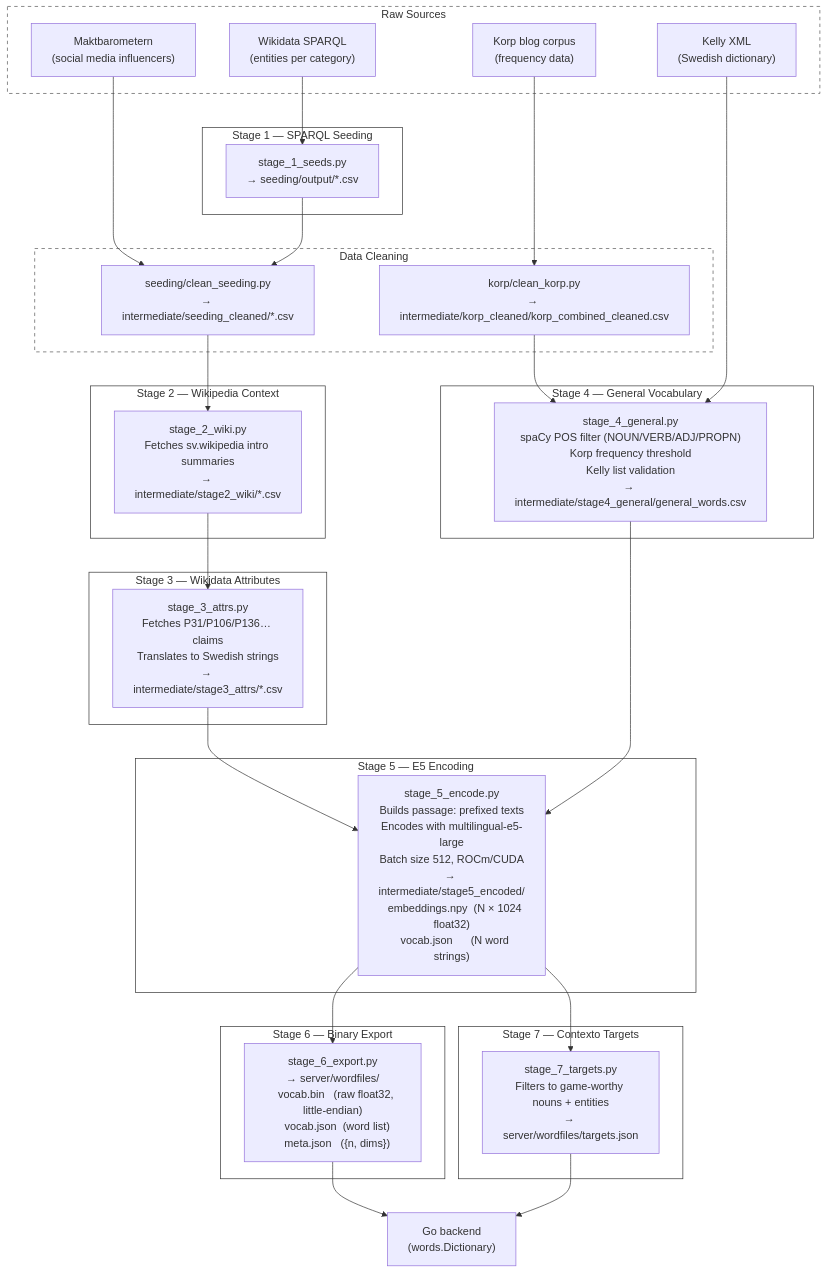
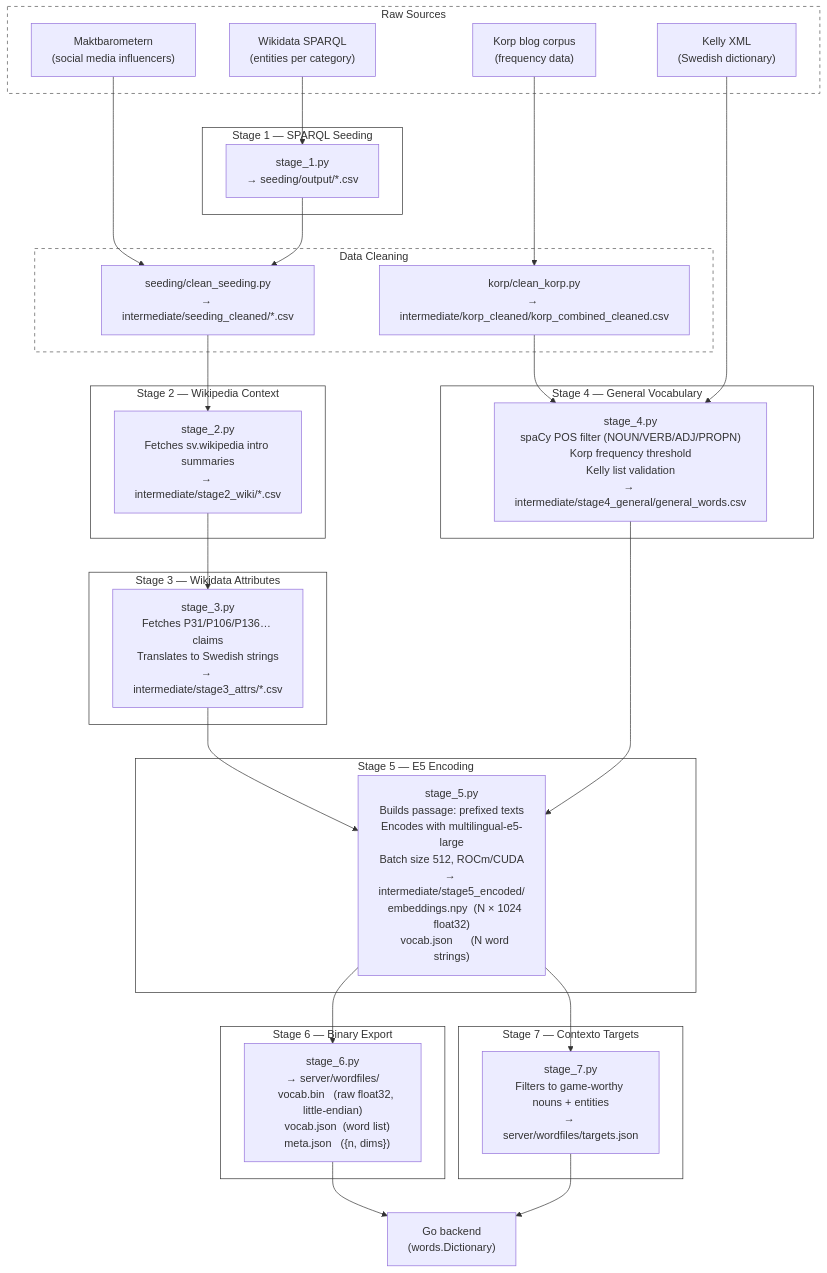
The diagram in preprocessing/README.md (Skill-issue-coding/WordGame---TDDD27-Project), drawn with Mermaid before and after one commit. The commit also changed other lines of this file and 8 other files, not shown here.

````diff
--- a/preprocessing/README.md
+++ b/preprocessing/README.md
@@ -73,67 +73,67 @@
 ```mermaid
 flowchart TD
     subgraph RAW [Raw Sources]
         KORP["Korp blog corpus\n(frequency data)"]
         KELLY["Kelly XML\n(Swedish dictionary)"]
         SPARQL["Wikidata SPARQL\n(entities per category)"]
         MAKT["Maktbarometern\n(social media influencers)"]
     end
 
     subgraph CLEAN [Data Cleaning]
         CK["korp/clean_korp.py\n→ intermediate/korp_cleaned/korp_combined_cleaned.csv"]
         CS["seeding/clean_seeding.py\n→ intermediate/seeding_cleaned/*.csv"]
     end
 
     subgraph STAGE1 [Stage 1 — SPARQL Seeding]
-        S1["stage_1_seeds.py\n→ seeding/output/*.csv"]
+        S1["stage_1.py\n→ seeding/output/*.csv"]
     end
 
     subgraph STAGE2 [Stage 2 — Wikipedia Context]
-        S2["stage_2_wiki.py\nFetches sv.wikipedia intro summaries\n→ intermediate/stage2_wiki/*.csv"]
+        S2["stage_2.py\nFetches sv.wikipedia intro summaries\n→ intermediate/stage2_wiki/*.csv"]
     end
 
     subgraph STAGE3 [Stage 3 — Wikidata Attributes]
-        S3["stage_3_attrs.py\nFetches P31/P106/P136… claims\nTranslates to Swedish strings\n→ intermediate/stage3_attrs/*.csv"]
+        S3["stage_3.py\nFetches P31/P106/P136… claims\nTranslates to Swedish strings\n→ intermediate/stage3_attrs/*.csv"]
     end
 
     subgraph STAGE4 [Stage 4 — General Vocabulary]
-        S4["stage_4_general.py\nspaCy POS filter (NOUN/VERB/ADJ/PROPN)\nKorp frequency threshold\nKelly list validation\n→ intermediate/stage4_general/general_words.csv"]
+        S4["stage_4.py\nspaCy POS filter (NOUN/VERB/ADJ/PROPN)\nKorp frequency threshold\nKelly list validation\n→ intermediate/stage4_general/general_words.csv"]
     end
 
     subgraph STAGE5 [Stage 5 — E5 Encoding]
-        S5["stage_5_encode.py\nBuilds passage: prefixed texts\nEncodes with multilingual-e5-large\nBatch size 512, ROCm/CUDA\n→ intermediate/stage5_encoded/\n   embeddings.npy  (N × 1024 float32)\n   vocab.json      (N word strings)"]
+        S5["stage_5.py\nBuilds passage: prefixed texts\nEncodes with multilingual-e5-large\nBatch size 512, ROCm/CUDA\n→ intermediate/stage5_encoded/\n   embeddings.npy  (N × 1024 float32)\n   vocab.json      (N word strings)"]
     end
 
     subgraph STAGE6 [Stage 6 — Binary Export]
-        S6["stage_6_export.py\n→ server/wordfiles/\n   vocab.bin   (raw float32, little-endian)\n   vocab.json  (word list)\n   meta.json   ({n, dims})"]
+        S6["stage_6.py\n→ server/wordfiles/\n   vocab.bin   (raw float32, little-endian)\n   vocab.json  (word list)\n   meta.json   ({n, dims})"]
     end
 
     subgraph STAGE7 [Stage 7 — Contexto Targets]
-        S7["stage_7_targets.py\nFilters to game-worthy nouns + entities\n→ server/wordfiles/targets.json"]
+        S7["stage_7.py\nFilters to game-worthy nouns + entities\n→ server/wordfiles/targets.json"]
     end
 
     KORP --> CK
     SPARQL --> S1
     MAKT --> CS
     S1 --> CS
     CS --> S2
     CK --> S4
     KELLY --> S4
     S2 --> S3
     S3 --> S5
     S4 --> S5
     S5 --> S6
     S5 --> S7
     S6 --> GO["Go backend\n(words.Dictionary)"]
     S7 --> GO
 
     style RAW fill:transparent,stroke:#555,stroke-dasharray:5 5
     style CLEAN fill:transparent,stroke:#555,stroke-dasharray:5 5
     style STAGE1 fill:transparent,stroke:#333
     style STAGE2 fill:transparent,stroke:#333
     style STAGE3 fill:transparent,stroke:#333
     style STAGE4 fill:transparent,stroke:#333
     style STAGE5 fill:transparent,stroke:#333
     style STAGE6 fill:transparent,stroke:#333
     style STAGE7 fill:transparent,stroke:#333
 ```
````
